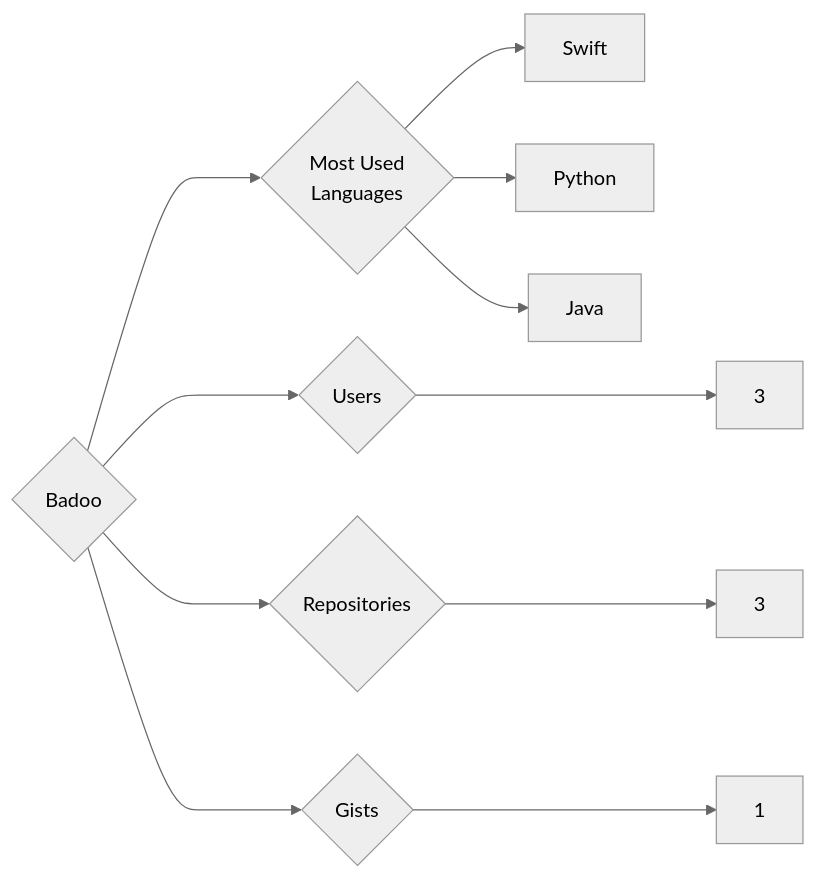
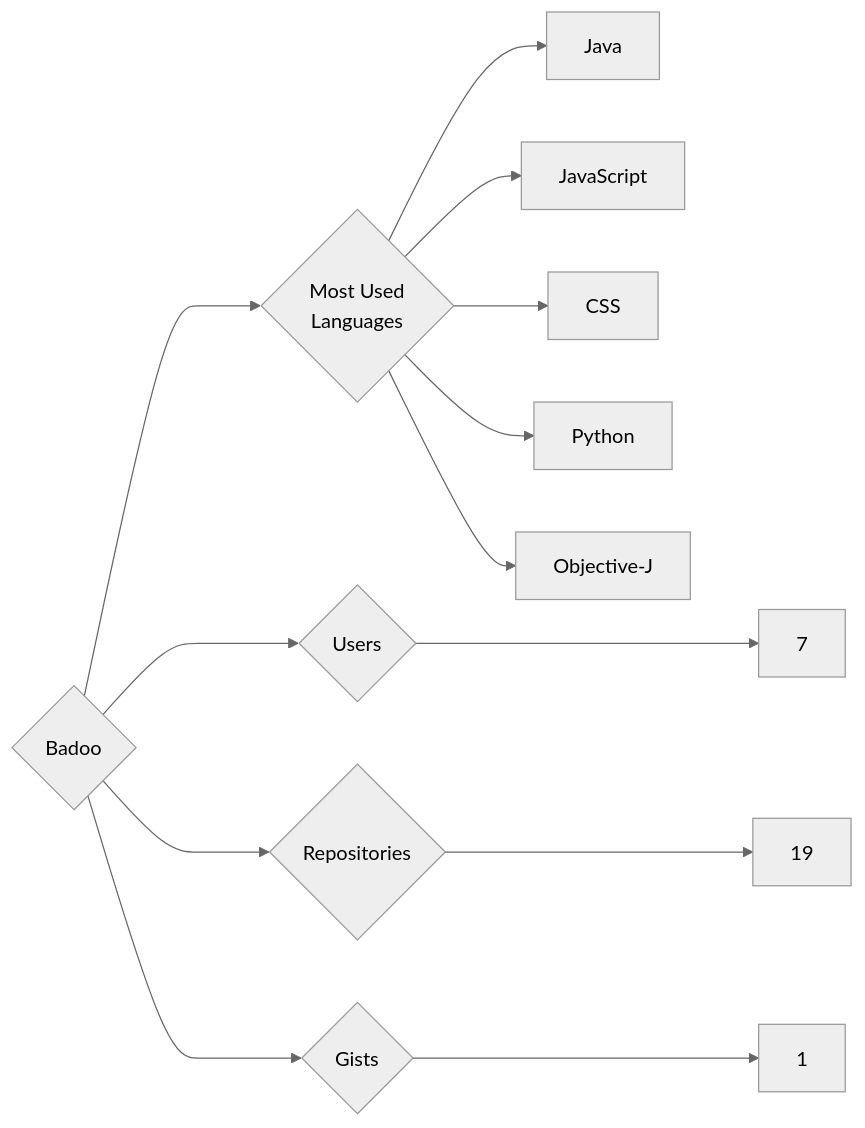
The diagram in targets/Badoo/README.md (trickest/insiders), drawn with Mermaid (neutral theme) before and after one commit. The commit also changed 985 other files, not shown here.

````diff
--- a/targets/Badoo/README.md
+++ b/targets/Badoo/README.md
@@ -3,11 +3,13 @@
 ```mermaid
 graph LR
 COMPANY_NAME{Badoo}
-COMPANY_NAME ---> U{Users} ---> UN[3]
-COMPANY_NAME ---> R{Repositories} ---> RN[3]
+COMPANY_NAME ---> U{Users} ---> UN[7]
+COMPANY_NAME ---> R{Repositories} ---> RN[19]
 COMPANY_NAME ---> G{Gists} ---> GN[1]
 COMPANY_NAME ---> ML{Most Used<br>Languages}
-ML --> Swift[Swift]
+ML --> Java[Java]
+ML --> JavaScript[JavaScript]
+ML --> CSS[CSS]
 ML --> Python[Python]
-ML --> Java[Java]
+ML --> Objective-J[Objective-J]
 ```
````
